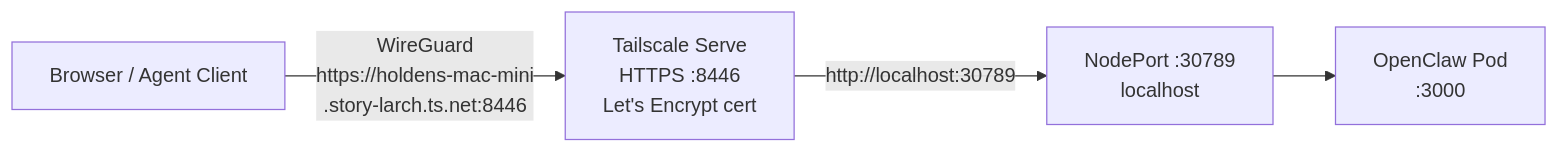
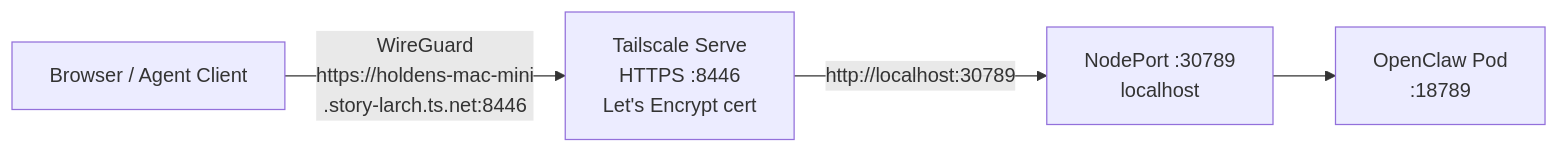
One commit to haingth77/homelab changed the third of 3 diagrams in docs/openclaw.md. Above: the diagram before and after it, drawn with Mermaid. The commit also changed other lines of this file and 3 other files, not shown here.

````diff
--- a/docs/openclaw.md
+++ b/docs/openclaw.md
@@ -163,11 +233,11 @@
 ```mermaid
 flowchart LR
     Browser["Browser / Agent Client"]
     TS["Tailscale Serve\nHTTPS :8446\nLet's Encrypt cert"]
     NP["NodePort :30789\nlocalhost"]
-    Pod["OpenClaw Pod\n:3000"]
+    Pod["OpenClaw Pod\n:18789"]
 
     Browser -- "WireGuard\nhttps://holdens-mac-mini\n.story-larch.ts.net:8446" --> TS
     TS -- "http://localhost:30789" --> NP
     NP --> Pod
 ```
````
